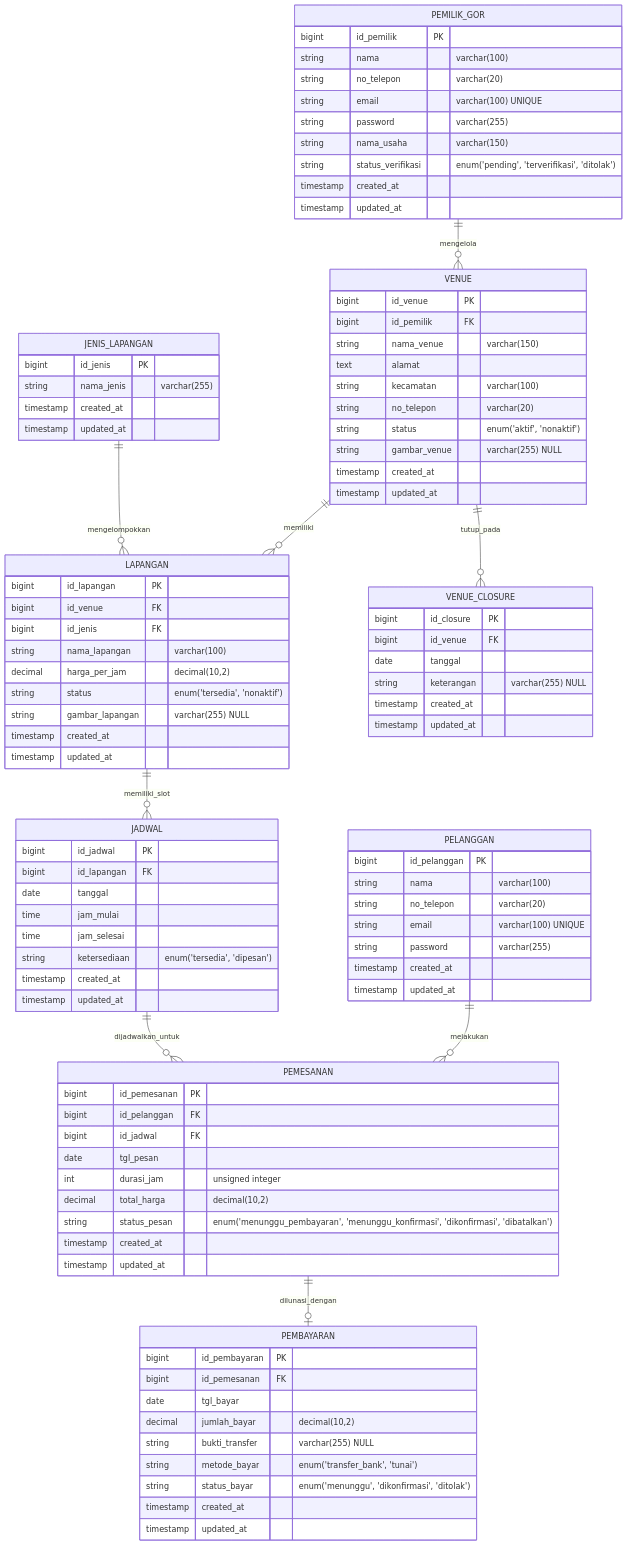
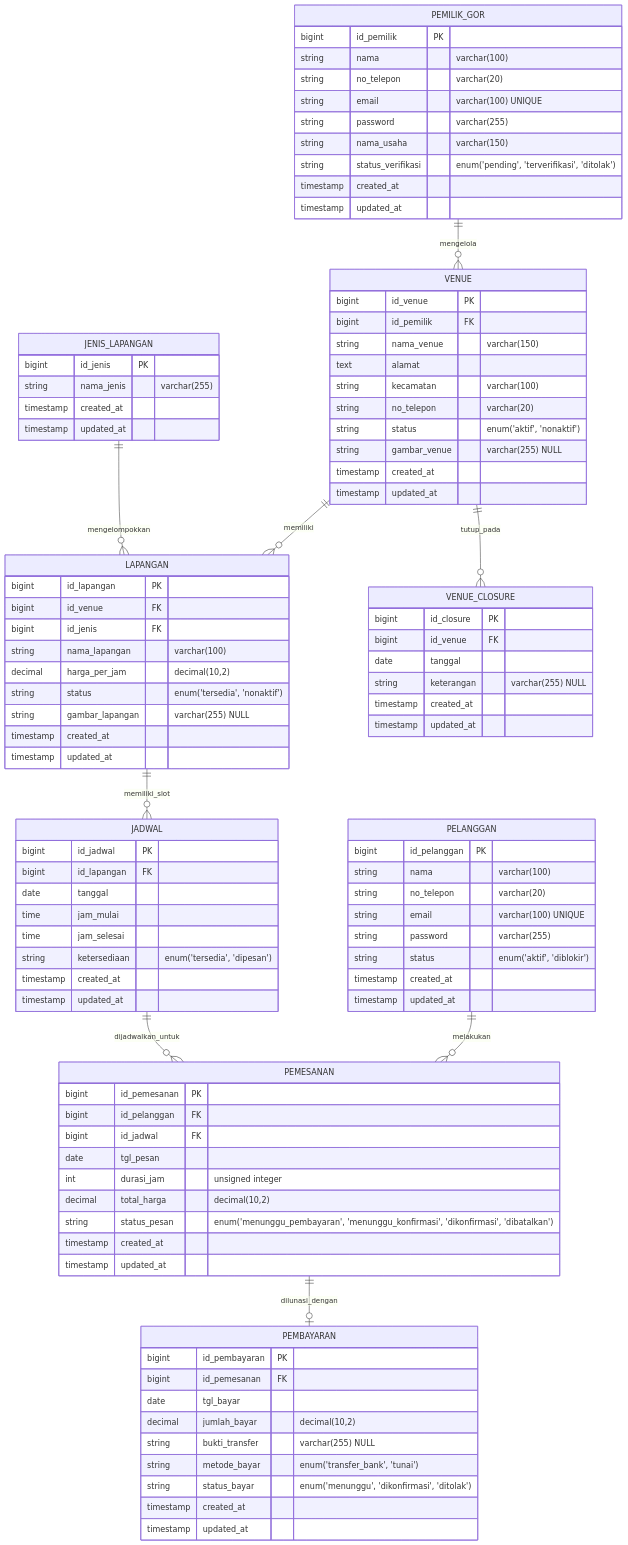
Before and after one commit to ezaa114/SiGorPKU: the first of 2 diagrams in README.md, drawn with Mermaid. The commit also changed other lines of this file, not shown here.

```diff
--- a/README.md
+++ b/README.md
@@ -54,6 +54,7 @@
         string no_telepon "varchar(20)"
         string email "varchar(100) UNIQUE"
         string password "varchar(255)"
+        string status "enum('aktif', 'diblokir')"
         timestamp created_at
         timestamp updated_at
     }
```
